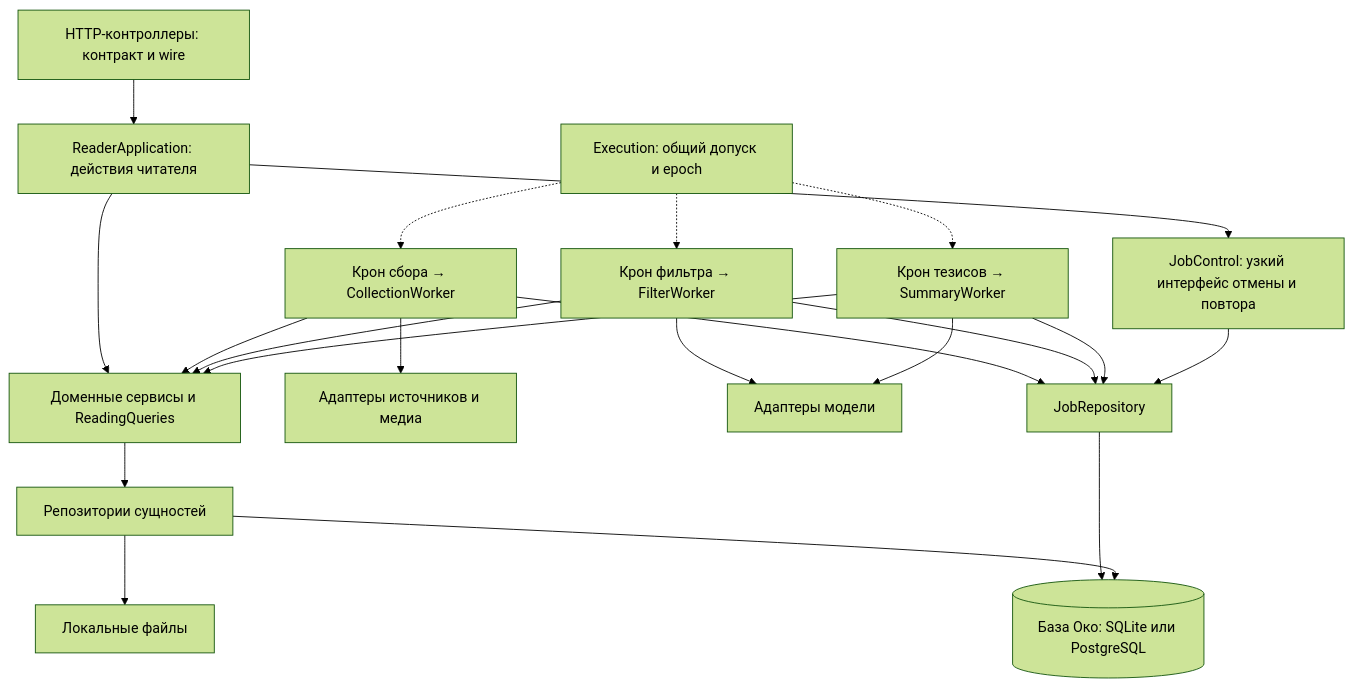
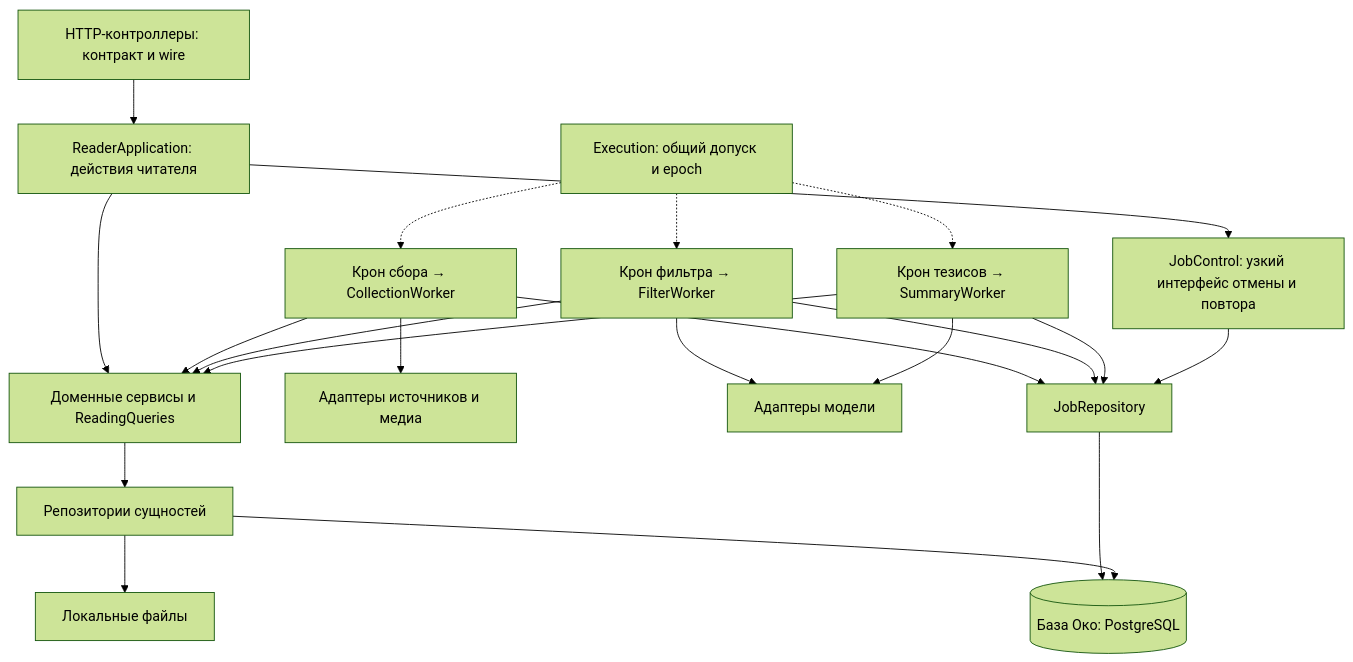
One commit to tgenman/oko changed the diagram in docs/architecture/application-layers.md. Above: the diagram before and after it, drawn with Mermaid (forest theme). The commit also changed other lines of this file and 150 other files, not shown here.

Commit message:
refactor: make PostgreSQL the only Oko storage

````diff
--- a/docs/architecture/application-layers.md
+++ b/docs/architecture/application-layers.md
@@ -8,23 +10,23 @@
 ```mermaid
 flowchart TB
     H["HTTP-контроллеры: контракт и wire"] --> A["ReaderApplication: действия читателя"]
     A --> S["Доменные сервисы и ReadingQueries"]
     A --> J["JobControl: узкий интерфейс отмены и повтора"]
     C["Крон сбора → CollectionWorker"] --> S
     F["Крон фильтра → FilterWorker"] --> S
     T["Крон тезисов → SummaryWorker"] --> S
     C --> AD["Адаптеры источников и медиа"]
     F --> AI["Адаптеры модели"]
     T --> AI
     C --> JR["JobRepository"]
     F --> JR
     T --> JR
     J --> JR
     S --> R["Репозитории сущностей"]
-    JR --> DB[("База Око: SQLite или PostgreSQL")]
+    JR --> DB[("База Око: PostgreSQL")]
     R --> DB
     R --> FS["Локальные файлы"]
     E["Execution: общий допуск и epoch"] -.-> C
     E -.-> F
     E -.-> T
 ```
````
